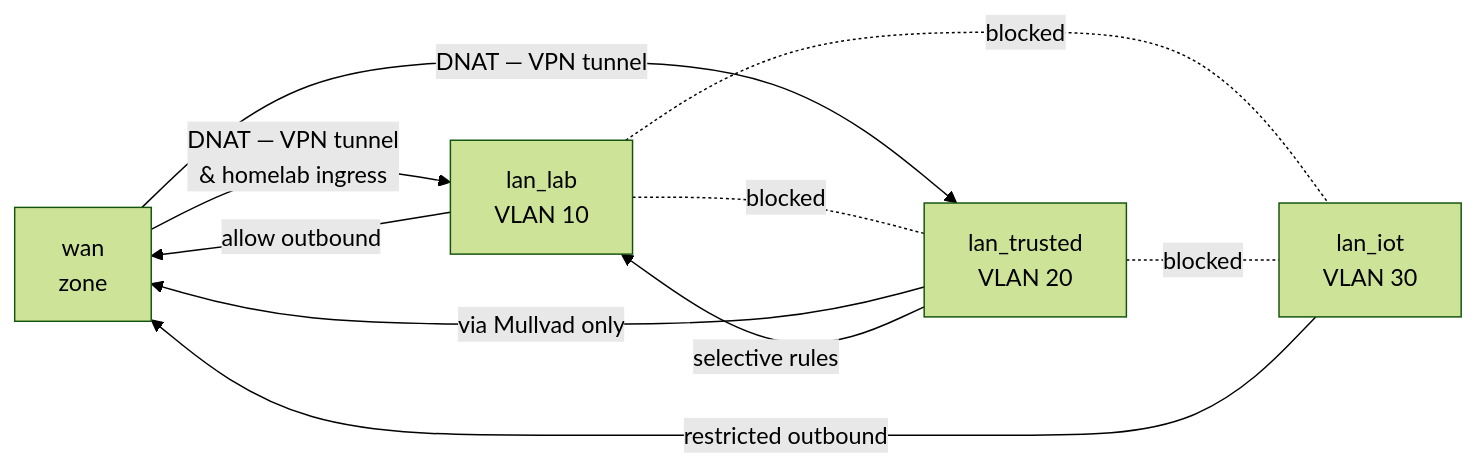
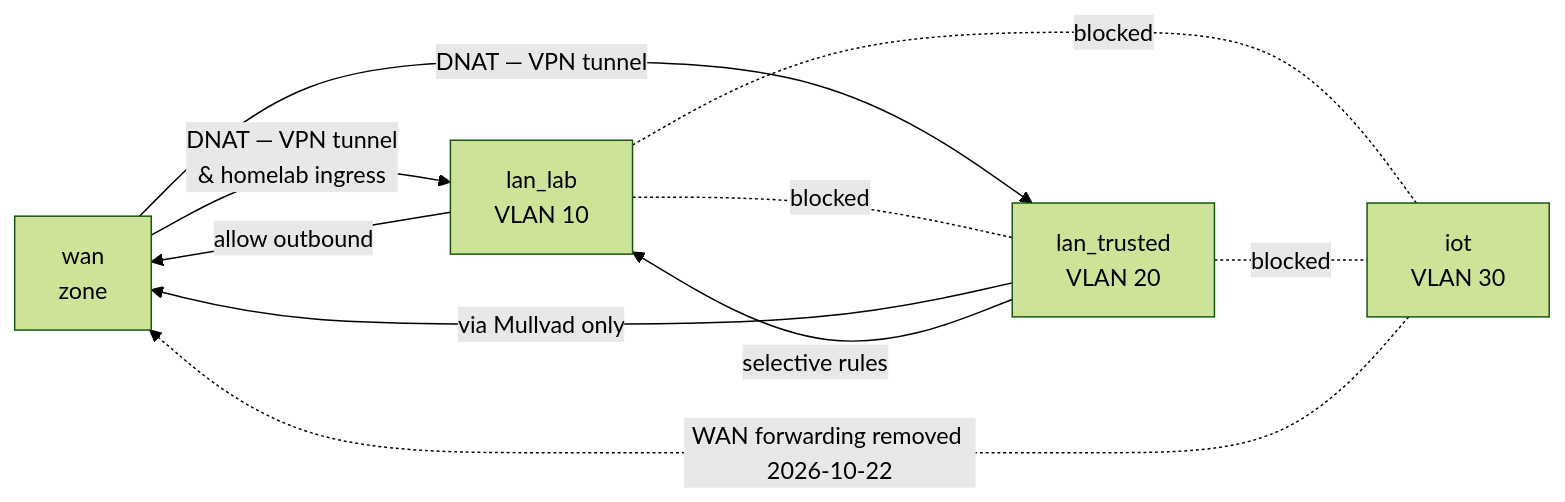
Before and after one commit to sethbarrett50/home_lab_docs: the diagram in docs/networking/firewall.md, drawn with Mermaid (forest theme). The commit also changed other lines of this file and 8 other files, not shown here.

````diff
--- a/docs/networking/firewall.md
+++ b/docs/networking/firewall.md
@@ -7,18 +7,18 @@
 ```mermaid
 flowchart LR
     WAN[wan\nzone]
     LAB[lan_lab\nVLAN 10]
     TRUST[lan_trusted\nVLAN 20]
-    IOT[lan_iot\nVLAN 30]
+    IOT[iot\nVLAN 30]
 
     WAN -->|"DNAT — VPN tunnel\n& homelab ingress"| LAB
     WAN -->|"DNAT — VPN tunnel"| TRUST
     LAB -->|"allow outbound"| WAN
     TRUST -->|"via Mullvad only"| WAN
-    IOT -->|"restricted outbound"| WAN
+    IOT -.->|"WAN forwarding removed 2026-10-22"| WAN
 
     LAB -. blocked .- TRUST
     LAB -. blocked .- IOT
     TRUST -. blocked .- IOT
     TRUST -->|"selective rules"| LAB
 ```
````
